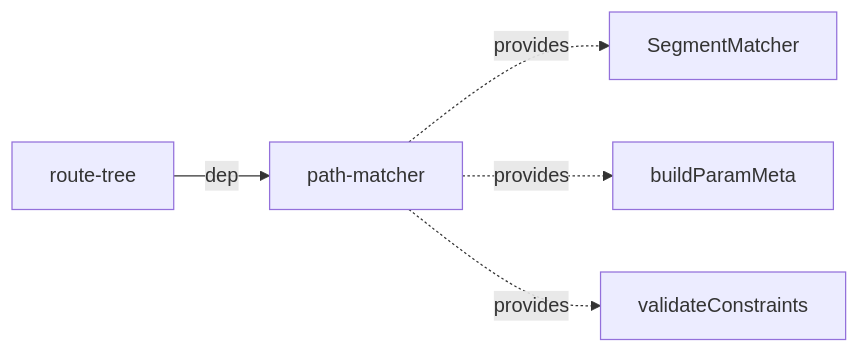
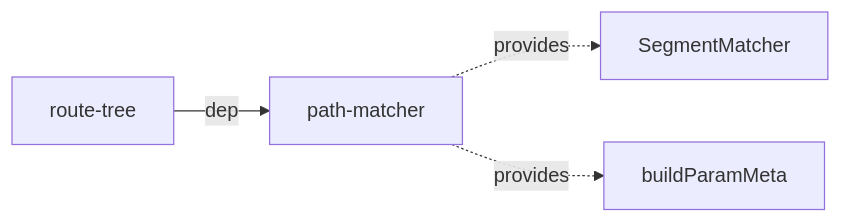
Before and after one commit to greydragon888/real-router: the diagram in packages/path-matcher/ARCHITECTURE.md, drawn with Mermaid. The commit also changed other lines of this file and 1 other file, not shown here.

````diff
--- a/packages/path-matcher/ARCHITECTURE.md
+++ b/packages/path-matcher/ARCHITECTURE.md
@@ -35,8 +34,7 @@
 ```mermaid
 graph LR
     RT[route-tree] -->|dep| PM[path-matcher]
 
     PM -.->|provides| SM[SegmentMatcher]
     PM -.->|provides| BPM[buildParamMeta]
-    PM -.->|provides| VC[validateConstraints]
 ```
````
